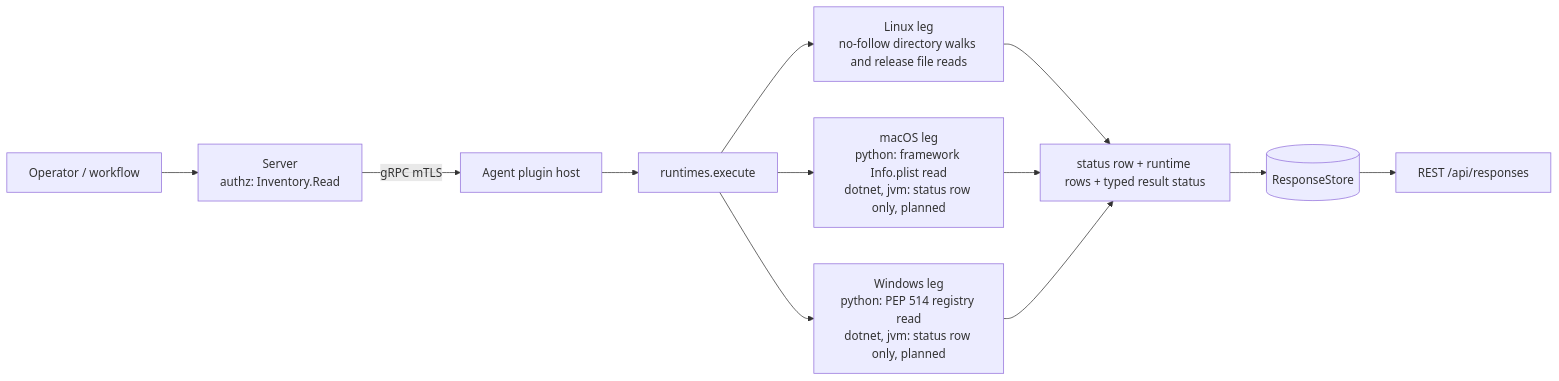
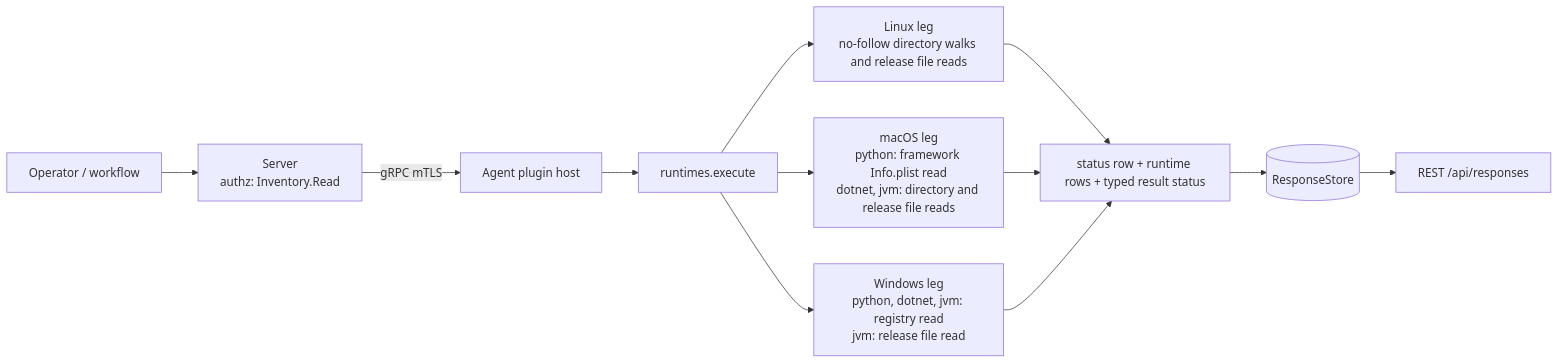
The first of 3 diagrams in agents/plugins/runtimes/README.md (DevNullLtd/Yuzu), drawn with Mermaid before and after one commit. The commit also changed other lines of this file and 6 other files, not shown here.

Commit message:
SAM-32-P3: dotnet and jvm sync adapters, vocabulary and runtimes docs

````diff
--- a/agents/plugins/runtimes/README.md
+++ b/agents/plugins/runtimes/README.md
@@ -19,9 +19,9 @@
 ```mermaid
 flowchart LR
   OP[Operator / workflow] --> SRV[Server<br/>authz: Inventory.Read]
   SRV -- gRPC mTLS --> HOST[Agent plugin host] --> EX[runtimes.execute]
   EX --> LIN[Linux leg<br/>no-follow directory walks and release file reads]
-  EX --> MAC["macOS leg<br/>python: framework Info.plist read<br/>dotnet, jvm: status row only, planned"]
-  EX --> WIN["Windows leg<br/>python: PEP 514 registry read<br/>dotnet, jvm: status row only, planned"]
+  EX --> MAC["macOS leg<br/>python: framework Info.plist read<br/>dotnet, jvm: directory and release file reads"]
+  EX --> WIN["Windows leg<br/>python, dotnet, jvm: registry read<br/>jvm: release file read"]
   LIN & MAC & WIN --> ROWS[status row + runtime rows + typed result status] --> RS[(ResponseStore)] --> API[REST /api/responses]
 ```
````
